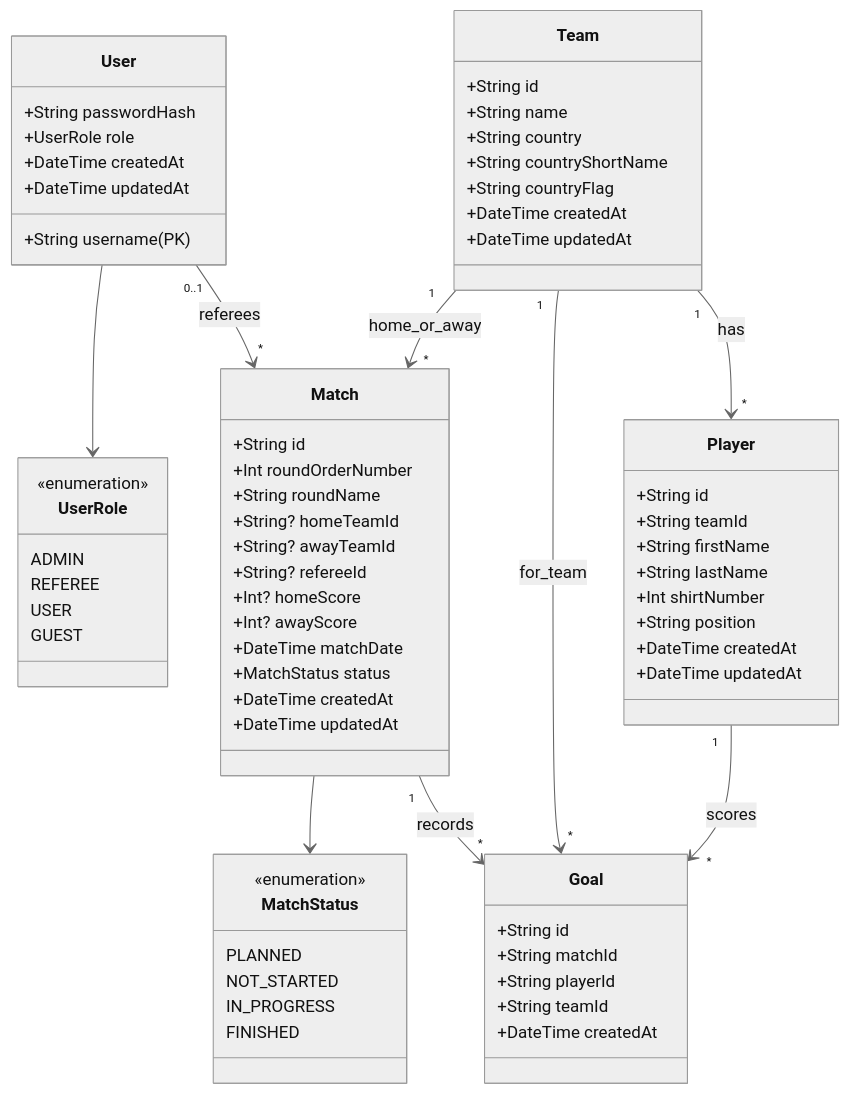
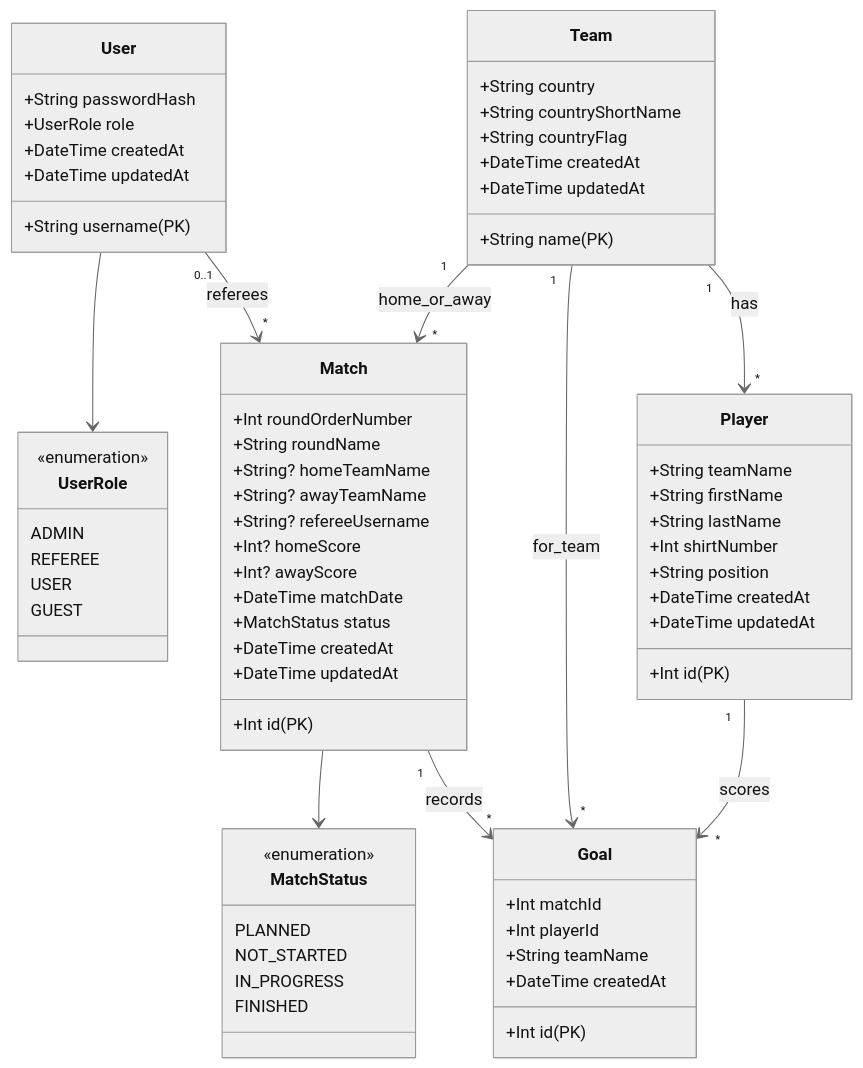
One commit to sanderkerkhofs/worldcup-manager-2026 changed the first of 3 diagrams in analysis/project_schema.md. Above: the diagram before and after it, drawn with Mermaid (neutral theme). The commit also changed other lines of this file and 5 other files, not shown here.

First line of the commit message:
Add conceptual and logical ERD diagrams for the database schema

````diff
--- a/analysis/project_schema.md
+++ b/analysis/project_schema.md
@@ -103,80 +102,79 @@
 ```mermaid
 classDiagram
   class UserRole {
     <<enumeration>>
     ADMIN
     REFEREE
     USER
     GUEST
   }
 
   class MatchStatus {
     <<enumeration>>
     PLANNED
     NOT_STARTED
     IN_PROGRESS
     FINISHED
   }
 
   class User {
     +String username (PK)
     +String passwordHash
     +UserRole role
     +DateTime createdAt
     +DateTime updatedAt
   }
 
   class Team {
-    +String id
-    +String name
+    +String name (PK)
     +String country
     +String countryShortName
     +String countryFlag
     +DateTime createdAt
     +DateTime updatedAt
   }
 
   class Match {
-    +String id
+    +Int id (PK)
     +Int roundOrderNumber
     +String roundName
-    +String? homeTeamId
-    +String? awayTeamId
-    +String? refereeId
+    +String? homeTeamName
+    +String? awayTeamName
+    +String? refereeUsername
     +Int? homeScore
     +Int? awayScore
     +DateTime matchDate
     +MatchStatus status
     +DateTime createdAt
     +DateTime updatedAt
   }
 
   class Player {
-    +String id
-    +String teamId
+    +Int id (PK)
+    +String teamName
     +String firstName
     +String lastName
     +Int shirtNumber
     +String position
     +DateTime createdAt
     +DateTime updatedAt
   }
 
   class Goal {
-    +String id
-    +String matchId
-    +String playerId
-    +String teamId
+    +Int id (PK)
+    +Int matchId
+    +Int playerId
+    +String teamName
     +DateTime createdAt
   }
 
   Team "1" --> "*" Player : has
   Team "1" --> "*" Goal : for_team
   Team "1" --> "*" Match : home_or_away
   Match "1" --> "*" Goal : records
   Player "1" --> "*" Goal : scores
   User "0..1" --> "*" Match : referees
 
   User --> UserRole
   Match --> MatchStatus
 ```
````
